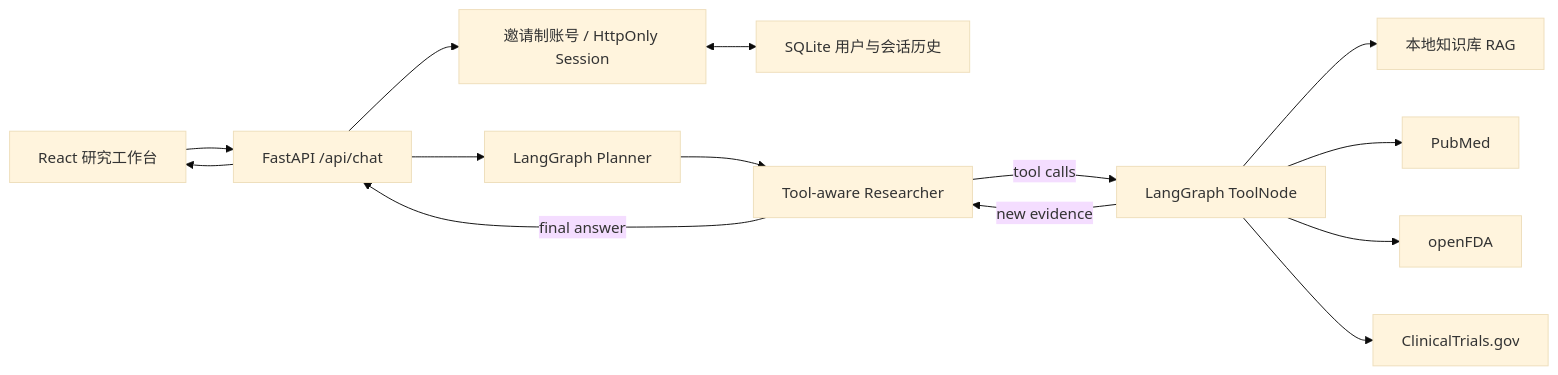
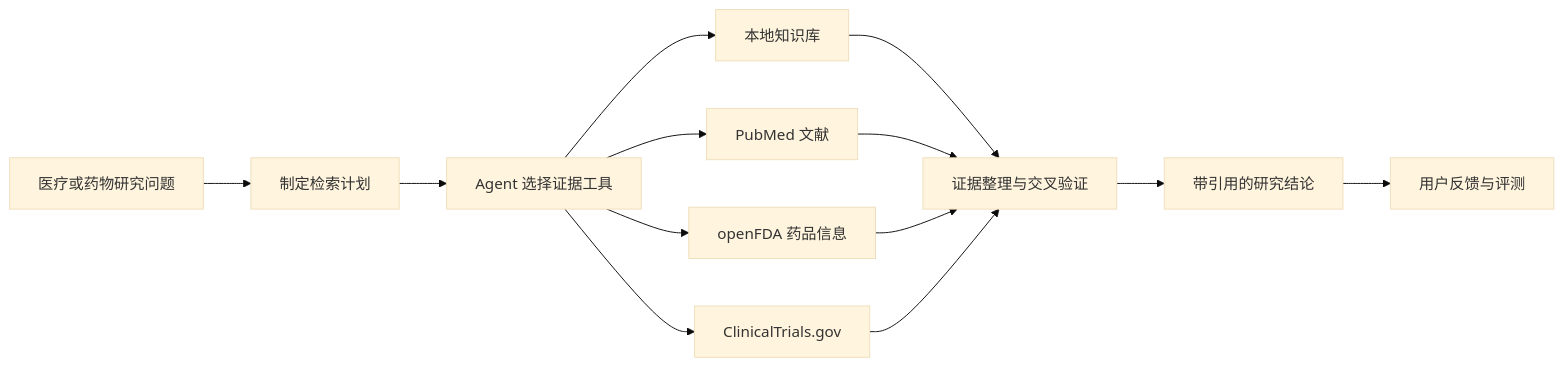
The first of 2 diagrams in README.md (Mainenp/BioCoder), drawn with Mermaid (base theme) before and after one commit. The commit also changed other lines of this file, not shown here.

Commit message:
docs: rewrite BioAgent project description

````diff
--- a/README.md
+++ b/README.md
@@ -55,16 +97,15 @@
 ```mermaid
 flowchart LR
-    UI["React 研究工作台"] --> API["FastAPI /api/chat"]
-    API --> AUTH["邀请制账号 / HttpOnly Session"]
-    AUTH <--> HISTORY["SQLite 用户与会话历史"]
-    API --> PLAN["LangGraph Planner"]
-    PLAN --> AGENT["Tool-aware Researcher"]
-    AGENT -->|tool calls| TOOLS["LangGraph ToolNode"]
-    TOOLS --> RAG["本地知识库 RAG"]
-    TOOLS --> PUBMED["PubMed"]
-    TOOLS --> FDA["openFDA"]
-    TOOLS --> CT["ClinicalTrials.gov"]
-    TOOLS -->|new evidence| AGENT
-    AGENT -->|final answer| API
-    API --> UI
+    Q["医疗或药物研究问题"] --> P["制定检索计划"]
+    P --> A["Agent 选择证据工具"]
+    A --> L["本地知识库"]
+    A --> M["PubMed 文献"]
+    A --> F["openFDA 药品信息"]
+    A --> C["ClinicalTrials.gov"]
+    L --> R["证据整理与交叉验证"]
+    M --> R
+    F --> R
+    C --> R
+    R --> J["带引用的研究结论"]
+    J --> H["用户反馈与评测"]
 ```
````
